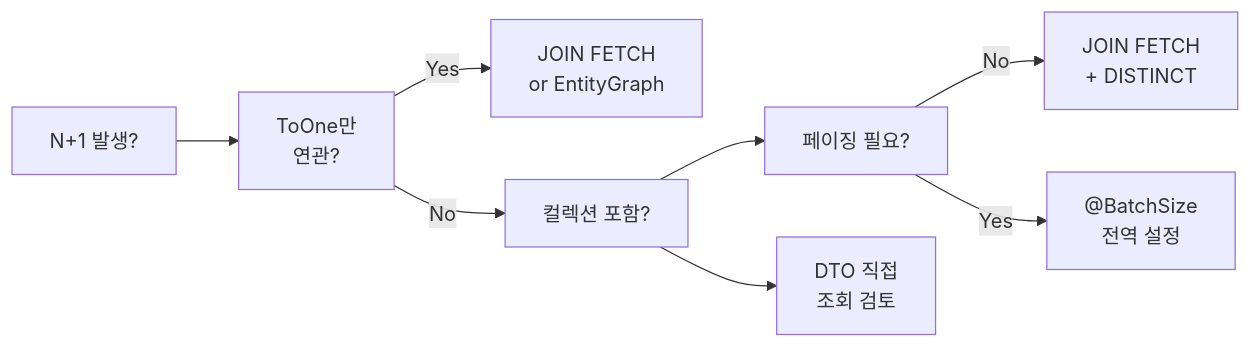
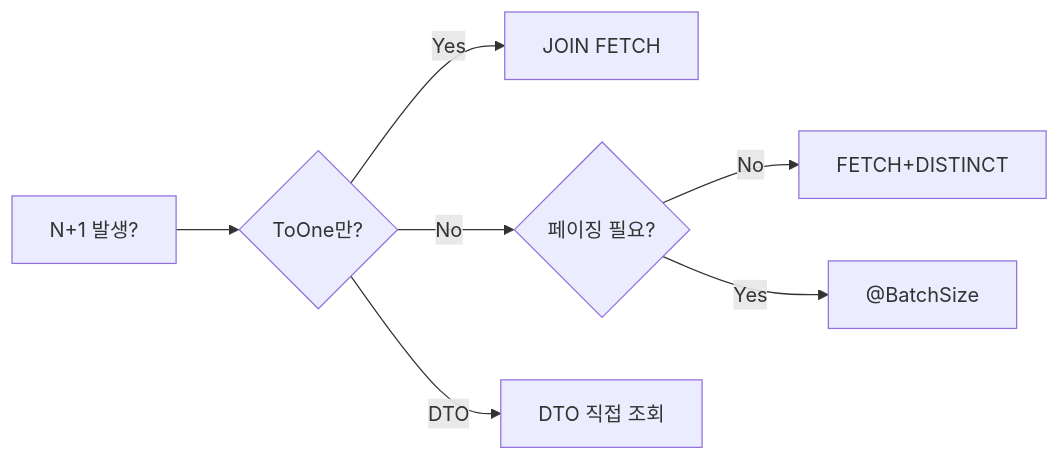
The first of 4 diagrams in _posts/jpa/2026-05-12-jpa-performance.md (yjkim2015/yjkim2015.github.io), drawn with Mermaid before and after one commit. The commit also changed other lines of this file and 245 other files, not shown here.

First line of the commit message:
Mermaid 다이어그램 전면 수정 + 면접 포인트 접기/펼치기 + DB 데드락 페이지

````diff
--- a/_posts/jpa/2026-05-12-jpa-performance.md
+++ b/_posts/jpa/2026-05-12-jpa-performance.md
@@ -162,10 +162,9 @@
 ```mermaid
 graph LR
-    Q["N+1 발생?"] --> A["ToOne만\n연관?"]
-    A -->|Yes| B["JOIN FETCH\n or EntityGraph"]
-    A -->|No| C["컬렉션 포함?"]
-    C --> D["페이징 필요?"]
-    D -->|No| E["JOIN FETCH\n + DISTINCT"]
-    D -->|Yes| F["@BatchSize\n전역 설정"]
-    C --> G["DTO 직접\n조회 검토"]
+    Q["N+1 발생?"] --> A{"ToOne만?"}
+    A -->|Yes| B["JOIN FETCH"]
+    A -->|No| C{"페이징 필요?"}
+    C -->|No| E["FETCH+DISTINCT"]
+    C -->|Yes| F["@BatchSize"]
+    A -->|DTO| G["DTO 직접 조회"]
 ```
````
